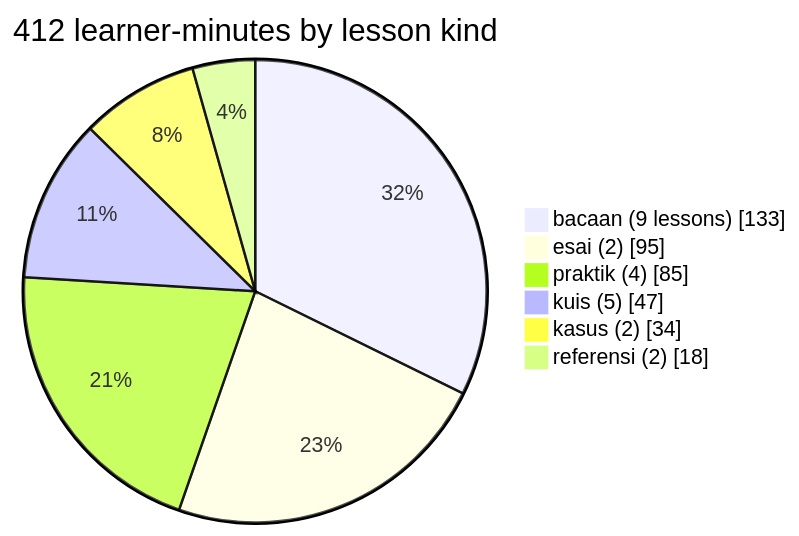
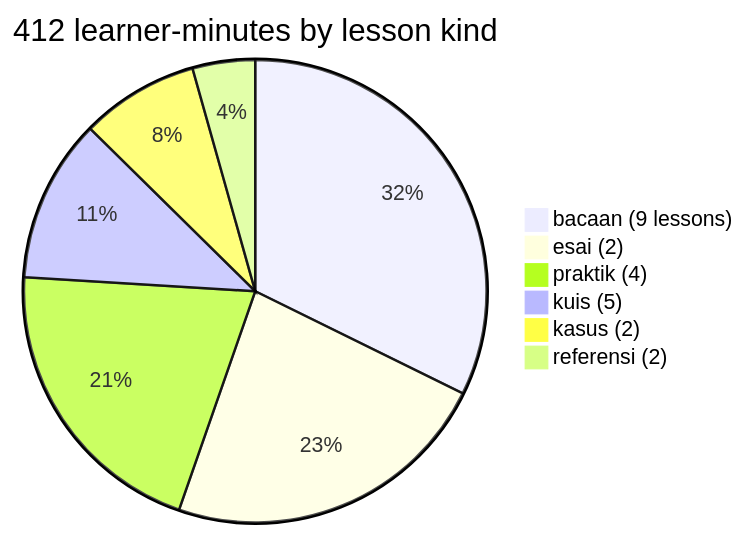
Before and after one commit to Shenhan01-sys/Lencana: the eighth of 14 diagrams in vault/00-Overview/10 - Project Detail (long form).md, drawn with Mermaid. The commit also changed other lines of this file, not shown here.

````diff
--- a/vault/00-Overview/10 - Project Detail (long form).md
+++ b/vault/00-Overview/10 - Project Detail (long form).md
@@ -473,10 +475,9 @@
 ```mermaid
-pie showData
-    title 412 learner-minutes by lesson kind
+pie title 412 learner-minutes by lesson kind
     "bacaan (9 lessons)" : 133
     "esai (2)" : 95
     "praktik (4)" : 85
     "kuis (5)" : 47
     "kasus (2)" : 34
     "referensi (2)" : 18
 ```
````
